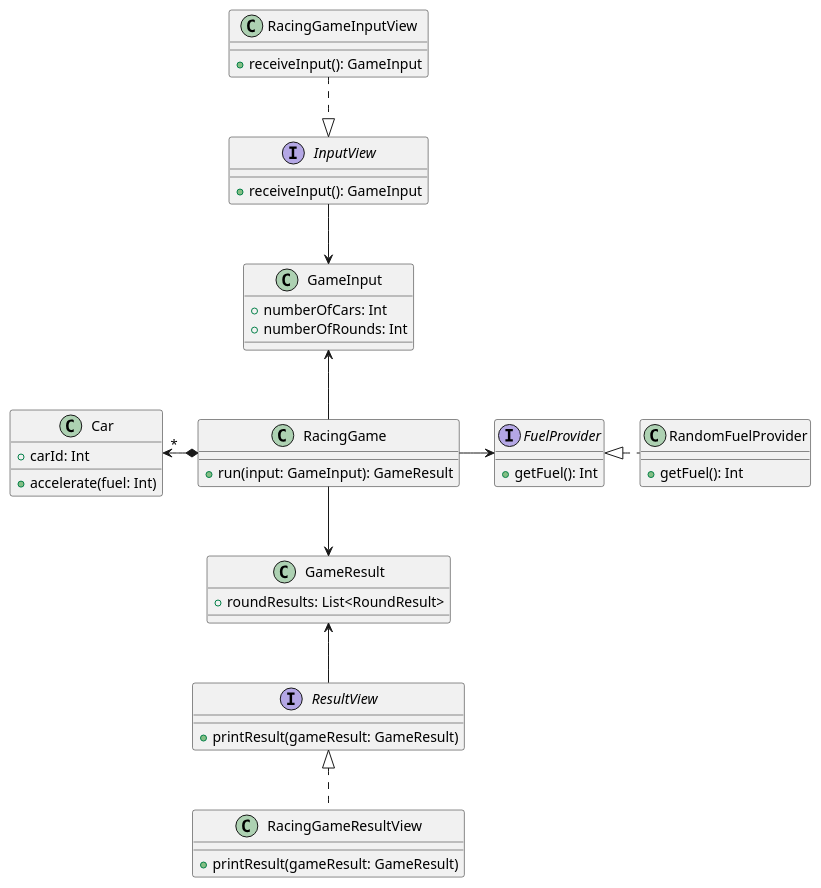
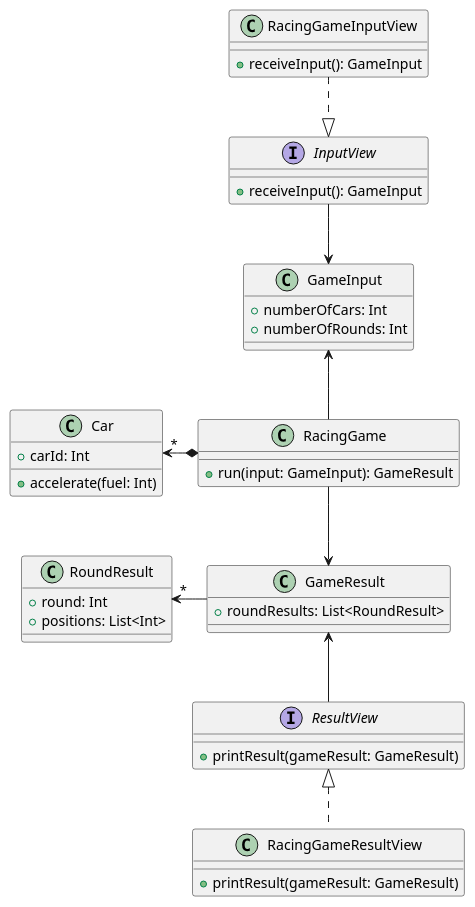
The diagram in src/docs/racingcar/racingcar.puml (next-step/kotlin-racingcar), drawn with PlantUML before and after one commit.

Commit message:
doc: Update uml

```diff
--- a/src/docs/racingcar/racingcar.puml
+++ b/src/docs/racingcar/racingcar.puml
@@ -1,56 +1,52 @@
 @startuml
 
 interface InputView {
 + receiveInput(): GameInput
 }
 
 class RacingGameInputView {
 + receiveInput(): GameInput
 }
 
 class GameInput {
 + numberOfCars: Int
 + numberOfRounds: Int
 }
 
 interface ResultView {
 + printResult(gameResult: GameResult)
 }
 
 class GameResult {
 + roundResults: List<RoundResult>
 }
 
+class RoundResult {
++ round: Int
++ positions: List<Int>
+}
+
 class RacingGameResultView implements ResultView {
 + printResult(gameResult: GameResult)
-}
-
-interface FuelProvider {
-+ getFuel(): Int
-}
-
-class RandomFuelProvider {
-+ getFuel(): Int
 }
 
 class Car {
 + carId: Int
 + accelerate(fuel: Int)
 }
 
 class RacingGame {
 + run(input: GameInput): GameResult
 }
 
 RacingGame *-left-> "*" Car
-RacingGame -> FuelProvider
-RandomFuelProvider .left.|> FuelProvider
 
 RacingGame -up-> GameInput
 InputView -down-> GameInput
 RacingGameInputView ..|> InputView
 
 RacingGame -down-> GameResult
+GameResult -left-> "*" RoundResult
 ResultView -up-> GameResult
 
 @enduml
```
